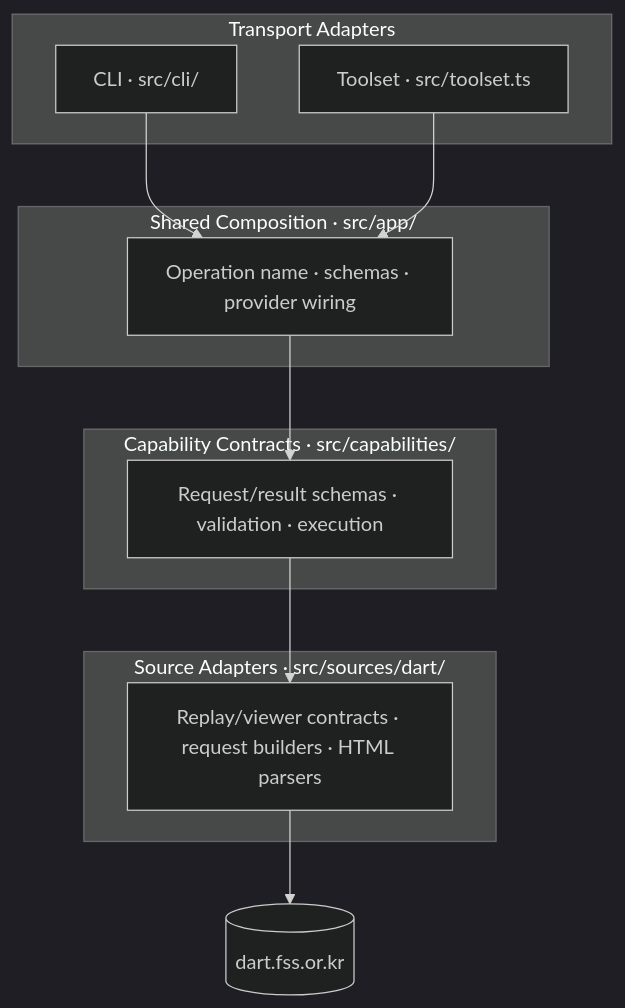
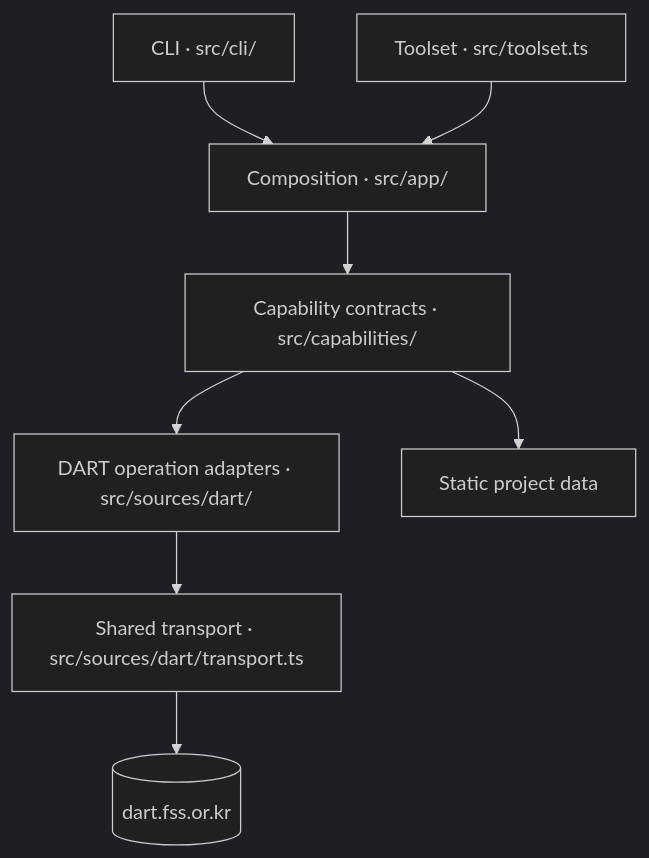
The diagram in src/ARCHITECTURE.md (cpaikr/darty), drawn with Mermaid (dark theme) before and after one commit. The commit also changed other lines of this file and 34 other files, not shown here.

````diff
--- a/src/ARCHITECTURE.md
+++ b/src/ARCHITECTURE.md
@@ -30,25 +22,10 @@
 ```mermaid
 graph TD
-    subgraph Transport["Transport Adapters"]
-        CLI["CLI · src/cli/"]
-        TOOLSET["Toolset · src/toolset.ts"]
-    end
-
-    subgraph App["Shared Composition · src/app/"]
-        APP["Operation name · schemas · provider wiring"]
-    end
-
-    subgraph Cap["Capability Contracts · src/capabilities/"]
-        CAP["Request/result schemas · validation · execution"]
-    end
-
-    subgraph Src["Source Adapters · src/sources/dart/"]
-        SRC["Replay/viewer contracts · request builders · HTML parsers"]
-    end
-
-    CLI --> APP
-    TOOLSET --> APP
-    APP --> CAP
-    CAP --> SRC
-    SRC --> DART[("dart.fss.or.kr")]
+    CLI["CLI · src/cli/"] --> APP["Composition · src/app/"]
+    TOOLSET["Toolset · src/toolset.ts"] --> APP
+    APP --> CAP["Capability contracts · src/capabilities/"]
+    CAP --> SOURCE["DART operation adapters · src/sources/dart/"]
+    SOURCE --> TRANSPORT["Shared transport · src/sources/dart/transport.ts"]
+    TRANSPORT --> DART[(dart.fss.or.kr)]
+    CAP --> STATIC["Static project data"]
 ```
````
